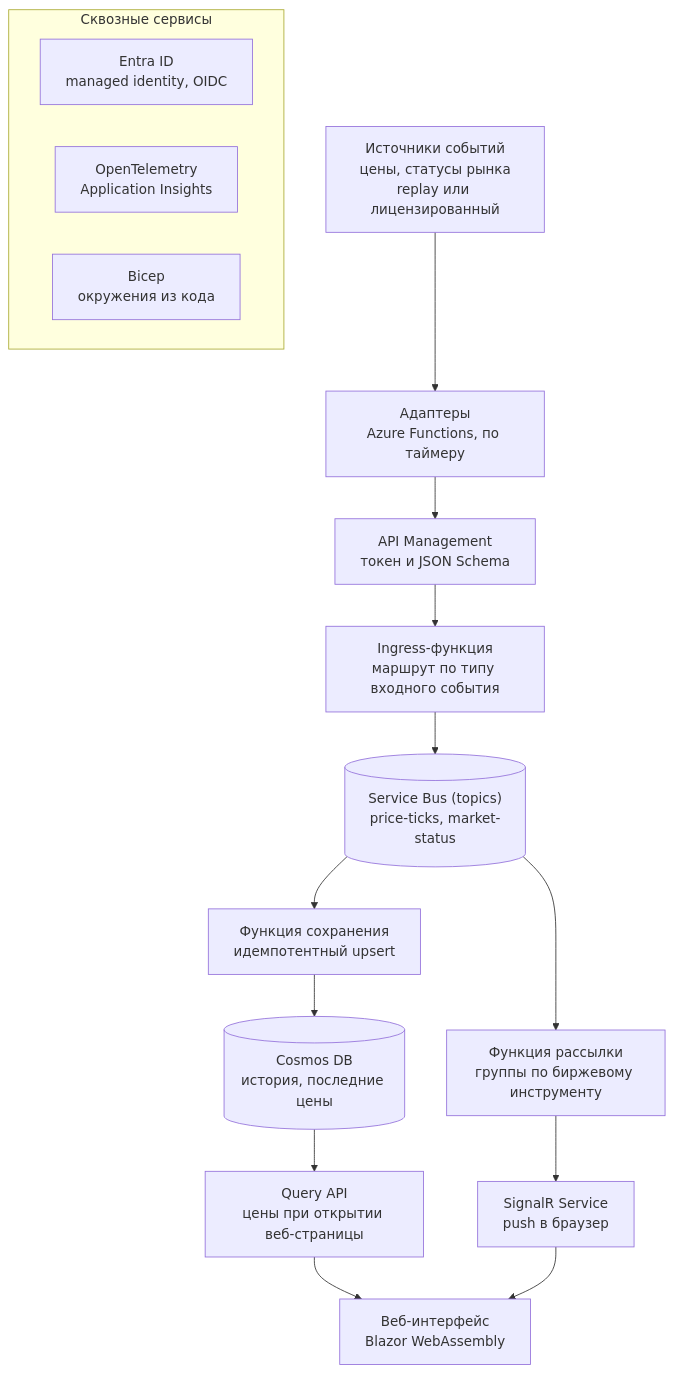
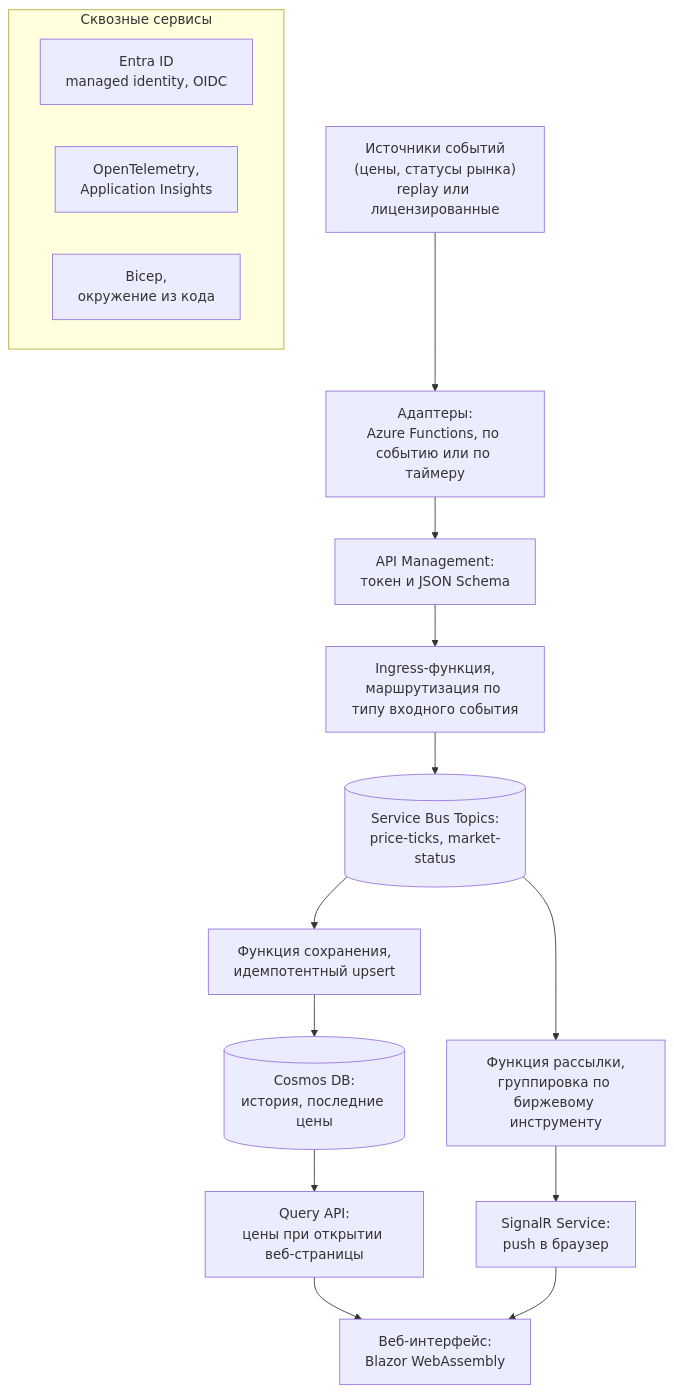
One commit to AlexeyGane/signallog changed the first of 2 diagrams in docs/note.md. Above: the diagram before and after it, drawn with Mermaid. The commit also changed other lines of this file and 3 other files, not shown here.

````diff
--- a/docs/note.md
+++ b/docs/note.md
@@ -83,19 +101,19 @@
 ```mermaid
 flowchart TB
-    SRC["Источники событий<br/>цены, статусы рынка<br/>replay или лицензированный"] --> ADP["Адаптеры<br/>Azure Functions, по таймеру"]
-    ADP --> APIM["API Management<br/>токен и JSON Schema"]
-    APIM --> ING["Ingress-функция<br/>маршрут по типу входного события"]
-    ING --> SB[("Service Bus (topics)<br/>price-ticks, market-status")]
-    SB --> PER["Функция сохранения<br/>идемпотентный upsert"]
-    SB --> PUSH["Функция рассылки<br/>группы по биржевому инструменту"]
-    PER --> DB[("Cosmos DB<br/>история, последние цены")]
-    PUSH --> SR["SignalR Service<br/>push в браузер"]
-    DB --> API["Query API<br/>цены при открытии веб-страницы"]
-    API --> UI["Веб-интерфейс<br/>Blazor WebAssembly"]
+    SRC["Источники событий<br/>(цены, статусы рынка)<br/>replay или лицензированные"] --> ADP["Адаптеры:<br/>Azure Functions, по событию или по таймеру"]
+    ADP --> APIM["API Management:<br/>токен и JSON Schema"]
+    APIM --> ING["Ingress-функция,<br/>маршрутизация по типу входного события"]
+    ING --> SB[("Service Bus Topics:<br/>price-ticks, market-status")]
+    SB --> PER["Функция сохранения,<br/>идемпотентный upsert"]
+    SB --> PUSH["Функция рассылки,<br/>группировка по биржевому инструменту"]
+    PER --> DB[("Cosmos DB:<br/>история, последние цены")]
+    PUSH --> SR["SignalR Service:<br/>push в браузер"]
+    DB --> API["Query API:<br/>цены при открытии веб-страницы"]
+    API --> UI["Веб-интерфейс:<br/>Blazor WebAssembly"]
     SR --> UI
     subgraph CC["Сквозные сервисы"]
         ENTRA["Entra ID<br/>managed identity, OIDC"]
-        OTEL["OpenTelemetry<br/>Application Insights"]
-        BICEP["Bicep<br/>окружения из кода"]
+        OTEL["OpenTelemetry,<br/>Application Insights"]
+        BICEP["Bicep,<br/>окружение из кода"]
     end
 ```
````
